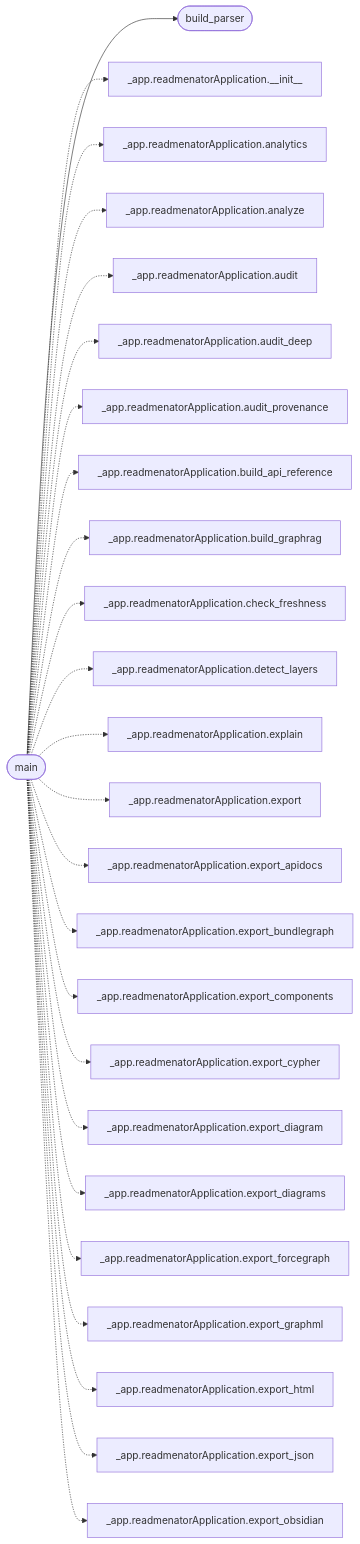
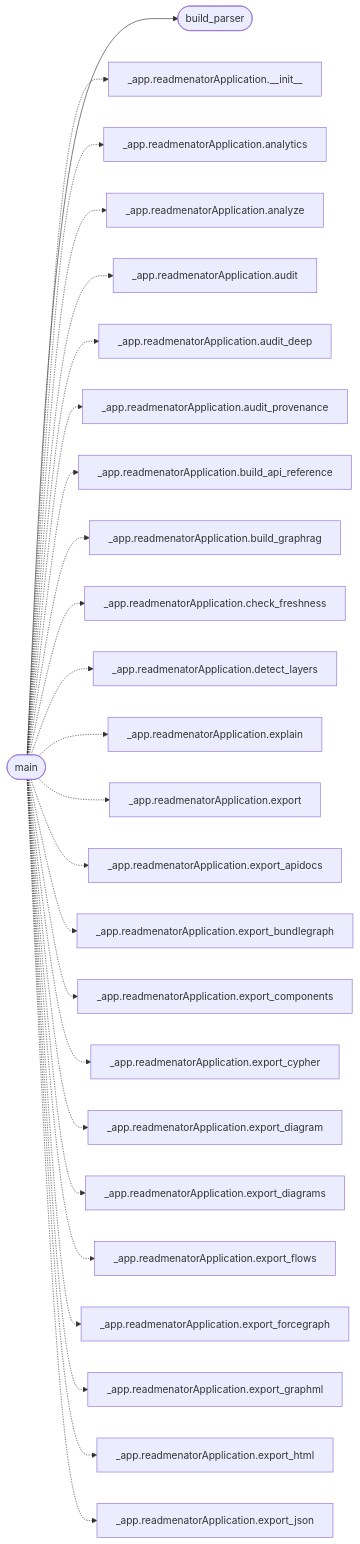
The diagram in readmenator-apidocs/modules/readmenator.__main__.py.md (grisuno/ReadMenator), drawn with Mermaid before and after one commit. The commit also changed other lines of this file and 224 other files, not shown here.

Commit message:
new diagrams :D

````diff
--- a/readmenator-apidocs/modules/readmenator.__main__.py.md
+++ b/readmenator-apidocs/modules/readmenator.__main__.py.md
@@ -15,52 +15,52 @@
 ```mermaid
 flowchart LR
     n_readmenator___main___py__main(["main"])
     n_readmenator___main___py__build_parser(["build_parser"])
     n_readmenator__app_py__readmenatorApplication___init__["_app.readmenatorApplication.__init__"]
     n_readmenator__app_py__readmenatorApplication_analytics["_app.readmenatorApplication.analytics"]
     n_readmenator__app_py__readmenatorApplication_analyze["_app.readmenatorApplication.analyze"]
     n_readmenator__app_py__readmenatorApplication_audit["_app.readmenatorApplication.audit"]
     n_readmenator__app_py__readmenatorApplication_audit_deep["_app.readmenatorApplication.audit_deep"]
     n_readmenator__app_py__readmenatorApplication_audit_provenance["_app.readmenatorApplication.audit_provenance"]
     n_readmenator__app_py__readmenatorApplication_build_api_reference["_app.readmenatorApplication.build_api_reference"]
     n_readmenator__app_py__readmenatorApplication_build_graphrag["_app.readmenatorApplication.build_graphrag"]
     n_readmenator__app_py__readmenatorApplication_check_freshness["_app.readmenatorApplication.check_freshness"]
     n_readmenator__app_py__readmenatorApplication_detect_layers["_app.readmenatorApplication.detect_layers"]
     n_readmenator__app_py__readmenatorApplication_explain["_app.readmenatorApplication.explain"]
     n_readmenator__app_py__readmenatorApplication_export["_app.readmenatorApplication.export"]
     n_readmenator__app_py__readmenatorApplication_export_apidocs["_app.readmenatorApplication.export_apidocs"]
     n_readmenator__app_py__readmenatorApplication_export_bundlegraph["_app.readmenatorApplication.export_bundlegraph"]
     n_readmenator__app_py__readmenatorApplication_export_components["_app.readmenatorApplication.export_components"]
     n_readmenator__app_py__readmenatorApplication_export_cypher["_app.readmenatorApplication.export_cypher"]
     n_readmenator__app_py__readmenatorApplication_export_diagram["_app.readmenatorApplication.export_diagram"]
     n_readmenator__app_py__readmenatorApplication_export_diagrams["_app.readmenatorApplication.export_diagrams"]
+    n_readmenator__app_py__readmenatorApplication_export_flows["_app.readmenatorApplication.export_flows"]
     n_readmenator__app_py__readmenatorApplication_export_forcegraph["_app.readmenatorApplication.export_forcegraph"]
     n_readmenator__app_py__readmenatorApplication_export_graphml["_app.readmenatorApplication.export_graphml"]
     n_readmenator__app_py__readmenatorApplication_export_html["_app.readmenatorApplication.export_html"]
     n_readmenator__app_py__readmenatorApplication_export_json["_app.readmenatorApplication.export_json"]
-    n_readmenator__app_py__readmenatorApplication_export_obsidian["_app.readmenatorApplication.export_obsidian"]
     n_readmenator___main___py__main --> n_readmenator___main___py__build_parser
     n_readmenator___main___py__main -.-> n_readmenator__app_py__readmenatorApplication___init__
     n_readmenator___main___py__main -.-> n_readmenator__app_py__readmenatorApplication_analytics
     n_readmenator___main___py__main -.-> n_readmenator__app_py__readmenatorApplication_analyze
     n_readmenator___main___py__main -.-> n_readmenator__app_py__readmenatorApplication_audit
     n_readmenator___main___py__main -.-> n_readmenator__app_py__readmenatorApplication_audit_deep
     n_readmenator___main___py__main -.-> n_readmenator__app_py__readmenatorApplication_audit_provenance
     n_readmenator___main___py__main -.-> n_readmenator__app_py__readmenatorApplication_build_api_reference
     n_readmenator___main___py__main -.-> n_readmenator__app_py__readmenatorApplication_build_graphrag
     n_readmenator___main___py__main -.-> n_readmenator__app_py__readmenatorApplication_check_freshness
     n_readmenator___main___py__main -.-> n_readmenator__app_py__readmenatorApplication_detect_layers
     n_readmenator___main___py__main -.-> n_readmenator__app_py__readmenatorApplication_explain
     n_readmenator___main___py__main -.-> n_readmenator__app_py__readmenatorApplication_export
     n_readmenator___main___py__main -.-> n_readmenator__app_py__readmenatorApplication_export_apidocs
     n_readmenator___main___py__main -.-> n_readmenator__app_py__readmenatorApplication_export_bundlegraph
     n_readmenator___main___py__main -.-> n_readmenator__app_py__readmenatorApplication_export_components
     n_readmenator___main___py__main -.-> n_readmenator__app_py__readmenatorApplication_export_cypher
     n_readmenator___main___py__main -.-> n_readmenator__app_py__readmenatorApplication_export_diagram
     n_readmenator___main___py__main -.-> n_readmenator__app_py__readmenatorApplication_export_diagrams
+    n_readmenator___main___py__main -.-> n_readmenator__app_py__readmenatorApplication_export_flows
     n_readmenator___main___py__main -.-> n_readmenator__app_py__readmenatorApplication_export_forcegraph
     n_readmenator___main___py__main -.-> n_readmenator__app_py__readmenatorApplication_export_graphml
     n_readmenator___main___py__main -.-> n_readmenator__app_py__readmenatorApplication_export_html
     n_readmenator___main___py__main -.-> n_readmenator__app_py__readmenatorApplication_export_json
-    n_readmenator___main___py__main -.-> n_readmenator__app_py__readmenatorApplication_export_obsidian
 ```
````
